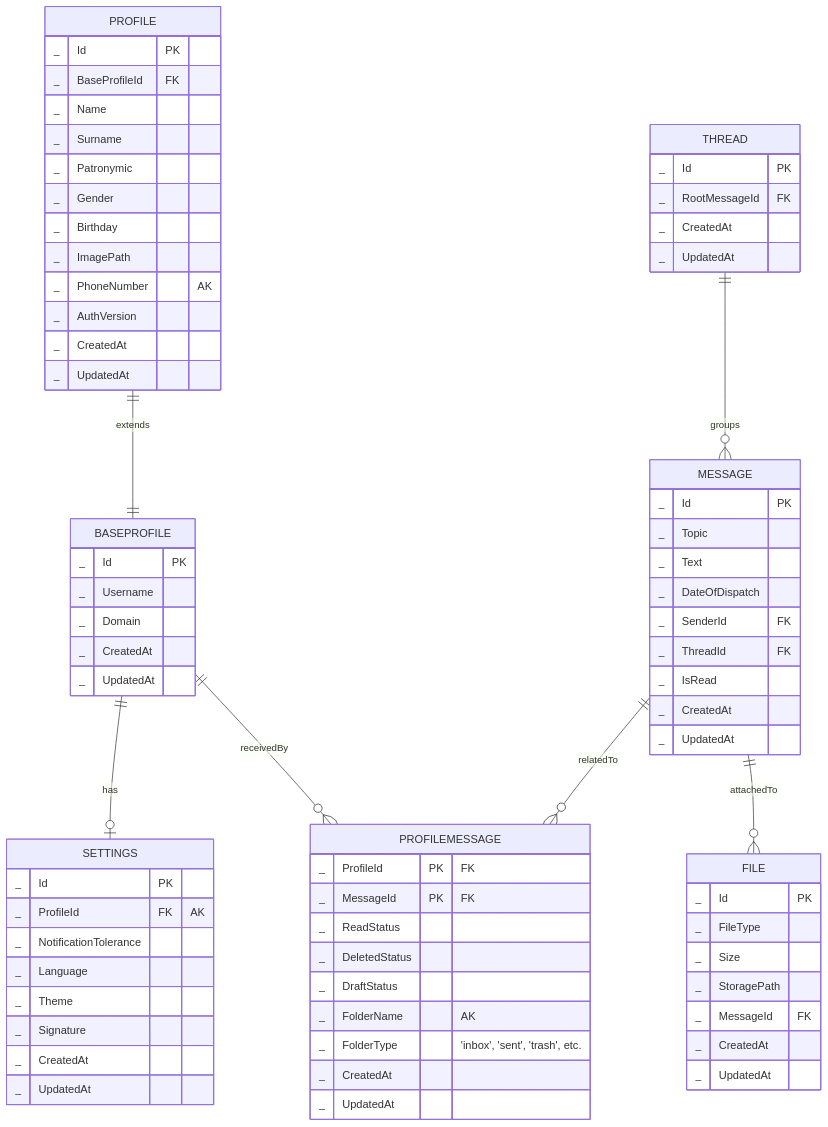
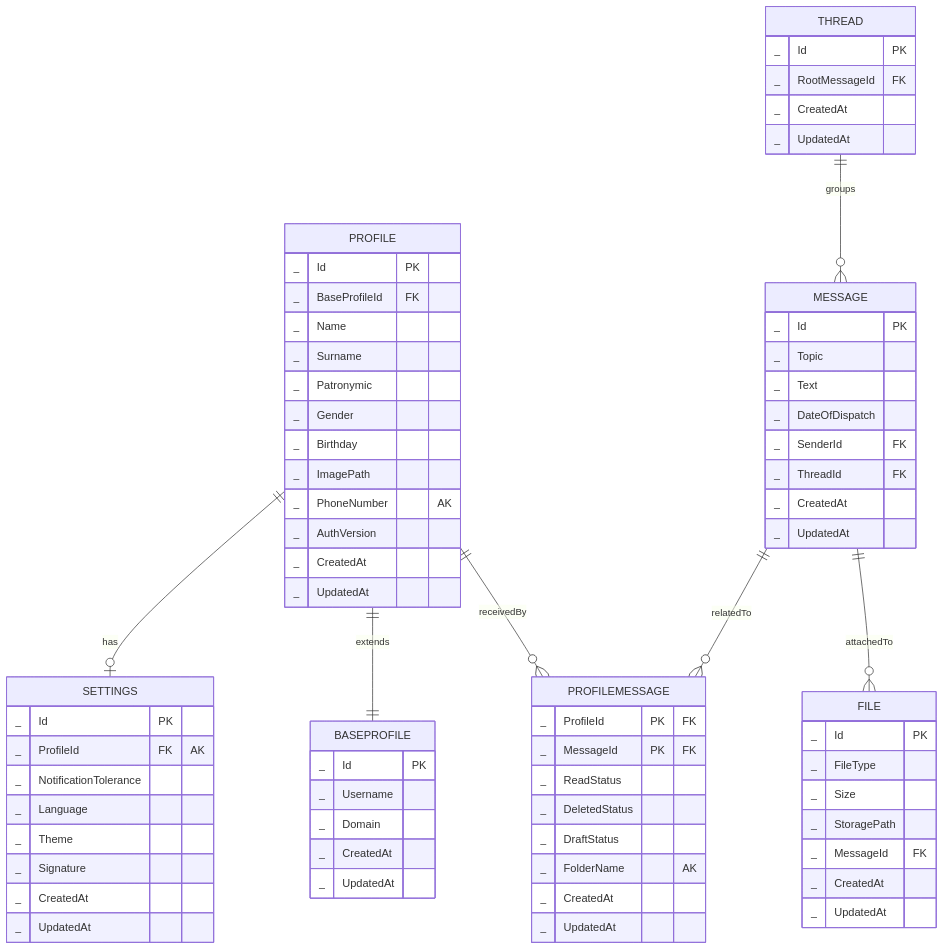
Before and after one commit to go-park-mail-ru/2025_2_A4Code: the diagram in db/normalized/ER.md, drawn with Mermaid.

````diff
--- a/db/normalized/ER.md
+++ b/db/normalized/ER.md
@@ -1,78 +1,76 @@
 ```mermaid
 erDiagram
     BASEPROFILE{
         _ Id PK
         _ Username
         _ Domain
         _ CreatedAt
         _ UpdatedAt
     }
     PROFILE {
         _ Id PK
         _ BaseProfileId FK
         _ Name
         _ Surname
         _ Patronymic
         _ Gender
         _ Birthday
         _ ImagePath
         _ PhoneNumber "AK"
         _ AuthVersion
         _ CreatedAt
         _ UpdatedAt
     }
     MESSAGE {
         _ Id PK
         _ Topic
         _ Text
         _ DateOfDispatch
         _ SenderId FK
         _ ThreadId FK
-        _ IsRead
         _ CreatedAt
         _ UpdatedAt
     }
     THREAD {
         _ Id PK
         _ RootMessageId FK
         _ CreatedAt
         _ UpdatedAt
     }
     FILE {
         _ Id PK
         _ FileType
         _ Size
         _ StoragePath
         _ MessageId FK
         _ CreatedAt
         _ UpdatedAt
     }
     PROFILEMESSAGE {
         _ ProfileId PK "FK"
         _ MessageId PK "FK"
         _ ReadStatus
         _ DeletedStatus
         _ DraftStatus
         _ FolderName "AK"
-        _ FolderType  "'inbox', 'sent', 'trash', etc. "
         _ CreatedAt
         _ UpdatedAt
     }
     SETTINGS {
         _ Id PK
         _ ProfileId FK "AK"
         _ NotificationTolerance
         _ Language
         _ Theme
         _ Signature
         _ CreatedAt
         _ UpdatedAt
     }
 
-    BASEPROFILE ||--o| SETTINGS : "has"
+    PROFILE ||--o| SETTINGS : "has"
     MESSAGE ||--o{ PROFILEMESSAGE : "relatedTo"
-    BASEPROFILE ||--o{ PROFILEMESSAGE : "receivedBy"
+    PROFILE ||--o{ PROFILEMESSAGE : "receivedBy"
     MESSAGE ||--o{ FILE : "attachedTo"
     THREAD ||--o{ MESSAGE : "groups"
     PROFILE ||--|| BASEPROFILE : "extends"
 ```
````
